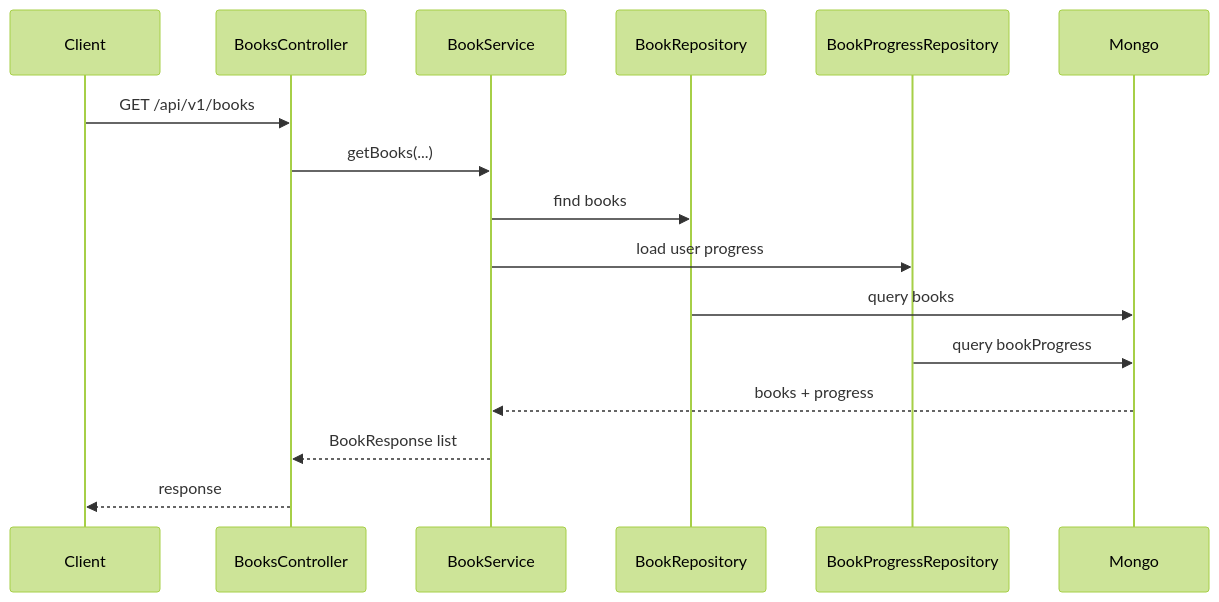
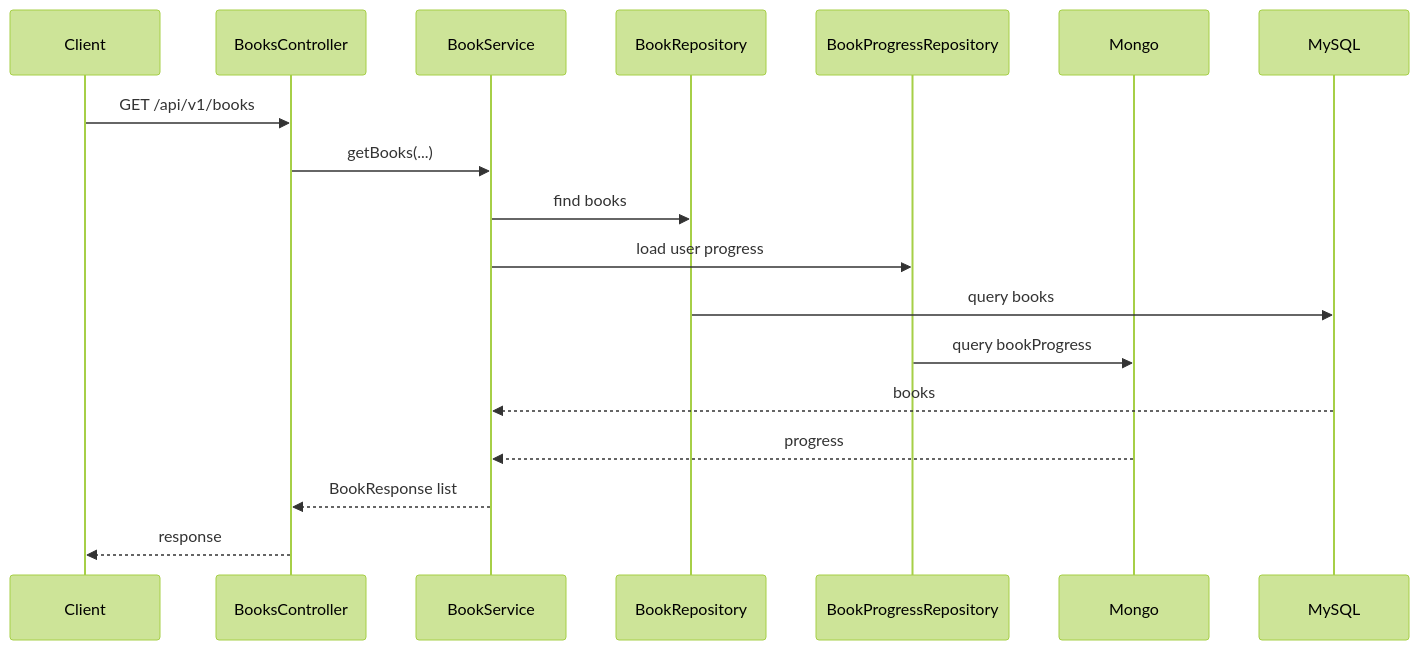
Before and after one commit to SWM16-ASAP/back-server: the second of 3 diagrams in docs/architecture/content-book.md, drawn with Mermaid (forest theme). The commit also changed other lines of this file and 38 other files, not shown here.

````diff
--- a/docs/architecture/content-book.md
+++ b/docs/architecture/content-book.md
@@ -78,19 +82,21 @@
 ```mermaid
 sequenceDiagram
     participant Client
     participant BooksController
     participant BookService
     participant BookRepository
     participant BookProgressRepository
     participant Mongo
+    participant MySQL
 
     Client->>BooksController: GET /api/v1/books
     BooksController->>BookService: getBooks(...)
     BookService->>BookRepository: find books
     BookService->>BookProgressRepository: load user progress
-    BookRepository->>Mongo: query books
+    BookRepository->>MySQL: query books
     BookProgressRepository->>Mongo: query bookProgress
-    Mongo-->>BookService: books + progress
+    MySQL-->>BookService: books
+    Mongo-->>BookService: progress
     BookService-->>BooksController: BookResponse list
     BooksController-->>Client: response
 ```
````
